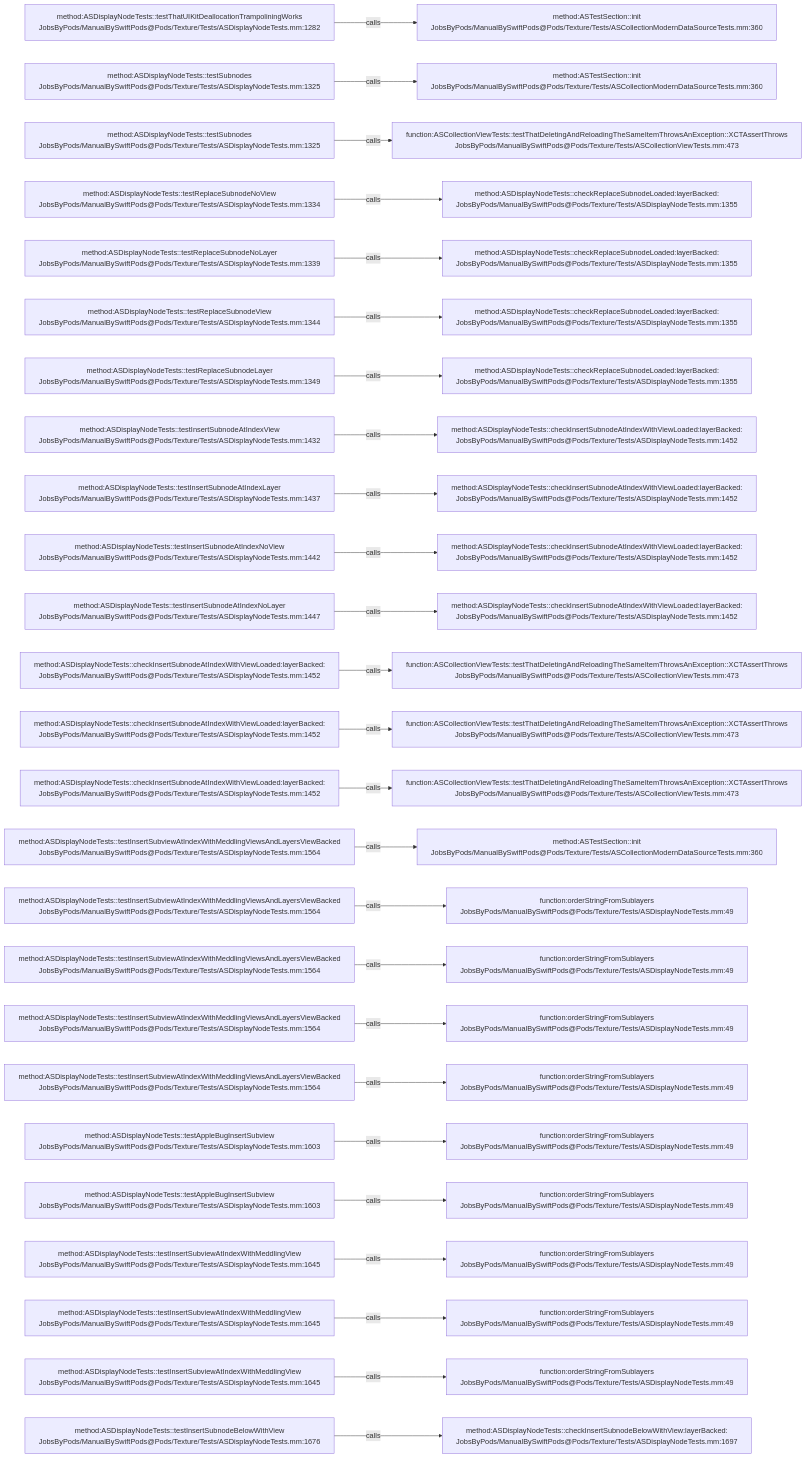
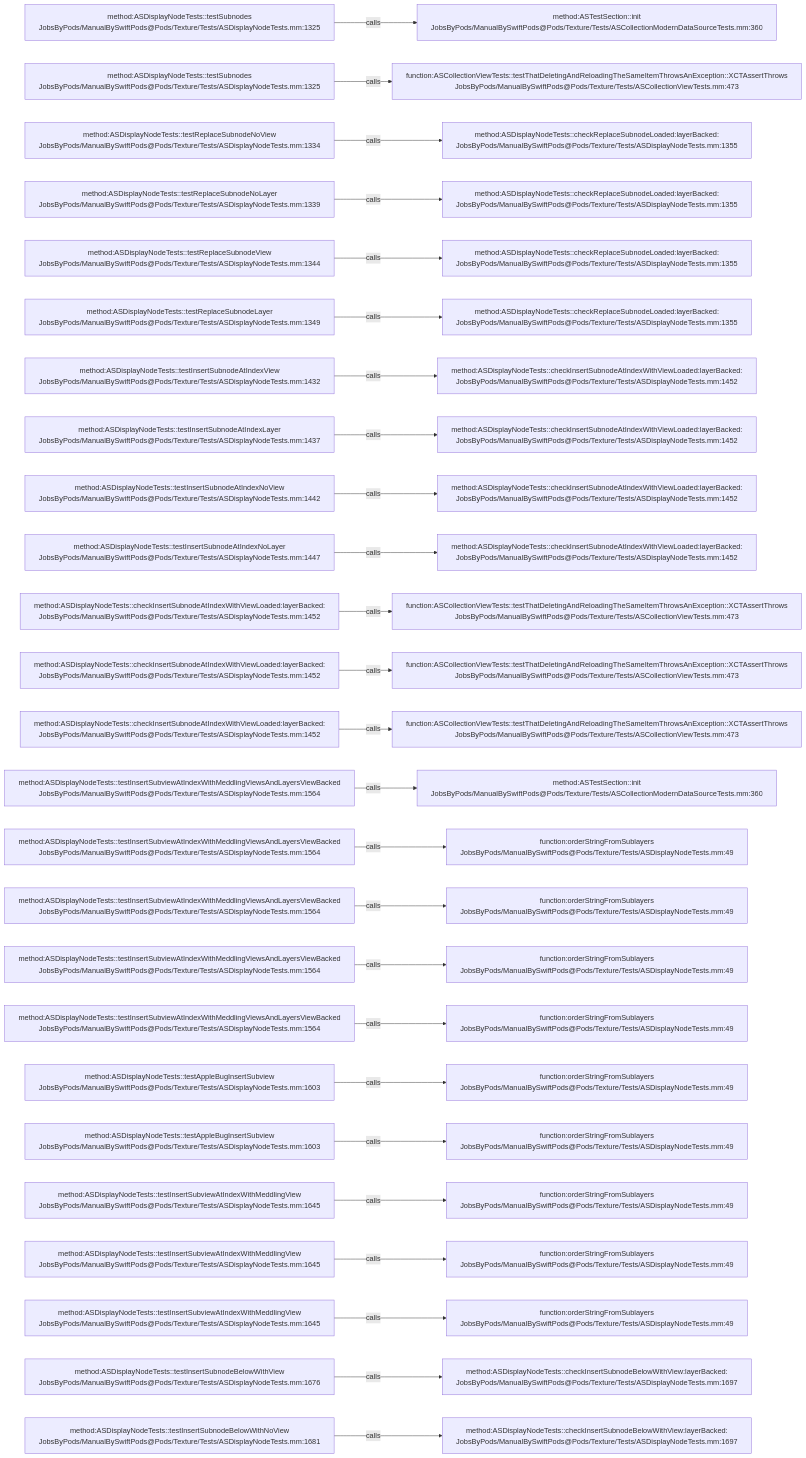
One commit to JobsKits/JobsSwiftBaseConfigDemo changed the diagram in .codegraph/codegraph.md/graphs/calls-192.md. Above: the diagram before and after it, drawn with Mermaid. The commit also changed 747 other files, not shown here.

````diff
--- a/.codegraph/codegraph.md/graphs/calls-192.md
+++ b/.codegraph/codegraph.md/graphs/calls-192.md
@@ -13,78 +13,78 @@
 ```mermaid
 flowchart LR
-  S1["method:ASDisplayNodeTests::testThatUIKitDeallocationTrampoliningWorks<br/>JobsByPods/ManualBySwiftPods@Pods/Texture/Tests/ASDisplayNodeTests.mm:1282"]
+  S1["method:ASDisplayNodeTests::testSubnodes<br/>JobsByPods/ManualBySwiftPods@Pods/Texture/Tests/ASDisplayNodeTests.mm:1325"]
   T1["method:ASTestSection::init<br/>JobsByPods/ManualBySwiftPods@Pods/Texture/Tests/ASCollectionModernDataSourceTests.mm:360"]
   S1 -->|calls| T1
   S2["method:ASDisplayNodeTests::testSubnodes<br/>JobsByPods/ManualBySwiftPods@Pods/Texture/Tests/ASDisplayNodeTests.mm:1325"]
-  T2["method:ASTestSection::init<br/>JobsByPods/ManualBySwiftPods@Pods/Texture/Tests/ASCollectionModernDataSourceTests.mm:360"]
+  T2["function:ASCollectionViewTests::testThatDeletingAndReloadingTheSameItemThrowsAnException::XCTAssertThrows<br/>JobsByPods/ManualBySwiftPods@Pods/Texture/Tests/ASCollectionViewTests.mm:473"]
   S2 -->|calls| T2
-  S3["method:ASDisplayNodeTests::testSubnodes<br/>JobsByPods/ManualBySwiftPods@Pods/Texture/Tests/ASDisplayNodeTests.mm:1325"]
-  T3["function:ASCollectionViewTests::testThatDeletingAndReloadingTheSameItemThrowsAnException::XCTAssertThrows<br/>JobsByPods/ManualBySwiftPods@Pods/Texture/Tests/ASCollectionViewTests.mm:473"]
+  S3["method:ASDisplayNodeTests::testReplaceSubnodeNoView<br/>JobsByPods/ManualBySwiftPods@Pods/Texture/Tests/ASDisplayNodeTests.mm:1334"]
+  T3["method:ASDisplayNodeTests::checkReplaceSubnodeLoaded:layerBacked:<br/>JobsByPods/ManualBySwiftPods@Pods/Texture/Tests/ASDisplayNodeTests.mm:1355"]
   S3 -->|calls| T3
-  S4["method:ASDisplayNodeTests::testReplaceSubnodeNoView<br/>JobsByPods/ManualBySwiftPods@Pods/Texture/Tests/ASDisplayNodeTests.mm:1334"]
+  S4["method:ASDisplayNodeTests::testReplaceSubnodeNoLayer<br/>JobsByPods/ManualBySwiftPods@Pods/Texture/Tests/ASDisplayNodeTests.mm:1339"]
   T4["method:ASDisplayNodeTests::checkReplaceSubnodeLoaded:layerBacked:<br/>JobsByPods/ManualBySwiftPods@Pods/Texture/Tests/ASDisplayNodeTests.mm:1355"]
   S4 -->|calls| T4
-  S5["method:ASDisplayNodeTests::testReplaceSubnodeNoLayer<br/>JobsByPods/ManualBySwiftPods@Pods/Texture/Tests/ASDisplayNodeTests.mm:1339"]
+  S5["method:ASDisplayNodeTests::testReplaceSubnodeView<br/>JobsByPods/ManualBySwiftPods@Pods/Texture/Tests/ASDisplayNodeTests.mm:1344"]
   T5["method:ASDisplayNodeTests::checkReplaceSubnodeLoaded:layerBacked:<br/>JobsByPods/ManualBySwiftPods@Pods/Texture/Tests/ASDisplayNodeTests.mm:1355"]
   S5 -->|calls| T5
-  S6["method:ASDisplayNodeTests::testReplaceSubnodeView<br/>JobsByPods/ManualBySwiftPods@Pods/Texture/Tests/ASDisplayNodeTests.mm:1344"]
+  S6["method:ASDisplayNodeTests::testReplaceSubnodeLayer<br/>JobsByPods/ManualBySwiftPods@Pods/Texture/Tests/ASDisplayNodeTests.mm:1349"]
   T6["method:ASDisplayNodeTests::checkReplaceSubnodeLoaded:layerBacked:<br/>JobsByPods/ManualBySwiftPods@Pods/Texture/Tests/ASDisplayNodeTests.mm:1355"]
   S6 -->|calls| T6
-  S7["method:ASDisplayNodeTests::testReplaceSubnodeLayer<br/>JobsByPods/ManualBySwiftPods@Pods/Texture/Tests/ASDisplayNodeTests.mm:1349"]
-  T7["method:ASDisplayNodeTests::checkReplaceSubnodeLoaded:layerBacked:<br/>JobsByPods/ManualBySwiftPods@Pods/Texture/Tests/ASDisplayNodeTests.mm:1355"]
+  S7["method:ASDisplayNodeTests::testInsertSubnodeAtIndexView<br/>JobsByPods/ManualBySwiftPods@Pods/Texture/Tests/ASDisplayNodeTests.mm:1432"]
+  T7["method:ASDisplayNodeTests::checkInsertSubnodeAtIndexWithViewLoaded:layerBacked:<br/>JobsByPods/ManualBySwiftPods@Pods/Texture/Tests/ASDisplayNodeTests.mm:1452"]
   S7 -->|calls| T7
-  S8["method:ASDisplayNodeTests::testInsertSubnodeAtIndexView<br/>JobsByPods/ManualBySwiftPods@Pods/Texture/Tests/ASDisplayNodeTests.mm:1432"]
+  S8["method:ASDisplayNodeTests::testInsertSubnodeAtIndexLayer<br/>JobsByPods/ManualBySwiftPods@Pods/Texture/Tests/ASDisplayNodeTests.mm:1437"]
   T8["method:ASDisplayNodeTests::checkInsertSubnodeAtIndexWithViewLoaded:layerBacked:<br/>JobsByPods/ManualBySwiftPods@Pods/Texture/Tests/ASDisplayNodeTests.mm:1452"]
   S8 -->|calls| T8
-  S9["method:ASDisplayNodeTests::testInsertSubnodeAtIndexLayer<br/>JobsByPods/ManualBySwiftPods@Pods/Texture/Tests/ASDisplayNodeTests.mm:1437"]
+  S9["method:ASDisplayNodeTests::testInsertSubnodeAtIndexNoView<br/>JobsByPods/ManualBySwiftPods@Pods/Texture/Tests/ASDisplayNodeTests.mm:1442"]
   T9["method:ASDisplayNodeTests::checkInsertSubnodeAtIndexWithViewLoaded:layerBacked:<br/>JobsByPods/ManualBySwiftPods@Pods/Texture/Tests/ASDisplayNodeTests.mm:1452"]
   S9 -->|calls| T9
-  S10["method:ASDisplayNodeTests::testInsertSubnodeAtIndexNoView<br/>JobsByPods/ManualBySwiftPods@Pods/Texture/Tests/ASDisplayNodeTests.mm:1442"]
+  S10["method:ASDisplayNodeTests::testInsertSubnodeAtIndexNoLayer<br/>JobsByPods/ManualBySwiftPods@Pods/Texture/Tests/ASDisplayNodeTests.mm:1447"]
   T10["method:ASDisplayNodeTests::checkInsertSubnodeAtIndexWithViewLoaded:layerBacked:<br/>JobsByPods/ManualBySwiftPods@Pods/Texture/Tests/ASDisplayNodeTests.mm:1452"]
   S10 -->|calls| T10
-  S11["method:ASDisplayNodeTests::testInsertSubnodeAtIndexNoLayer<br/>JobsByPods/ManualBySwiftPods@Pods/Texture/Tests/ASDisplayNodeTests.mm:1447"]
-  T11["method:ASDisplayNodeTests::checkInsertSubnodeAtIndexWithViewLoaded:layerBacked:<br/>JobsByPods/ManualBySwiftPods@Pods/Texture/Tests/ASDisplayNodeTests.mm:1452"]
+  S11["method:ASDisplayNodeTests::checkInsertSubnodeAtIndexWithViewLoaded:layerBacked:<br/>JobsByPods/ManualBySwiftPods@Pods/Texture/Tests/ASDisplayNodeTests.mm:1452"]
+  T11["function:ASCollectionViewTests::testThatDeletingAndReloadingTheSameItemThrowsAnException::XCTAssertThrows<br/>JobsByPods/ManualBySwiftPods@Pods/Texture/Tests/ASCollectionViewTests.mm:473"]
   S11 -->|calls| T11
   S12["method:ASDisplayNodeTests::checkInsertSubnodeAtIndexWithViewLoaded:layerBacked:<br/>JobsByPods/ManualBySwiftPods@Pods/Texture/Tests/ASDisplayNodeTests.mm:1452"]
   T12["function:ASCollectionViewTests::testThatDeletingAndReloadingTheSameItemThrowsAnException::XCTAssertThrows<br/>JobsByPods/ManualBySwiftPods@Pods/Texture/Tests/ASCollectionViewTests.mm:473"]
   S12 -->|calls| T12
   S13["method:ASDisplayNodeTests::checkInsertSubnodeAtIndexWithViewLoaded:layerBacked:<br/>JobsByPods/ManualBySwiftPods@Pods/Texture/Tests/ASDisplayNodeTests.mm:1452"]
   T13["function:ASCollectionViewTests::testThatDeletingAndReloadingTheSameItemThrowsAnException::XCTAssertThrows<br/>JobsByPods/ManualBySwiftPods@Pods/Texture/Tests/ASCollectionViewTests.mm:473"]
   S13 -->|calls| T13
-  S14["method:ASDisplayNodeTests::checkInsertSubnodeAtIndexWithViewLoaded:layerBacked:<br/>JobsByPods/ManualBySwiftPods@Pods/Texture/Tests/ASDisplayNodeTests.mm:1452"]
-  T14["function:ASCollectionViewTests::testThatDeletingAndReloadingTheSameItemThrowsAnException::XCTAssertThrows<br/>JobsByPods/ManualBySwiftPods@Pods/Texture/Tests/ASCollectionViewTests.mm:473"]
+  S14["method:ASDisplayNodeTests::testInsertSubviewAtIndexWithMeddlingViewsAndLayersViewBacked<br/>JobsByPods/ManualBySwiftPods@Pods/Texture/Tests/ASDisplayNodeTests.mm:1564"]
+  T14["method:ASTestSection::init<br/>JobsByPods/ManualBySwiftPods@Pods/Texture/Tests/ASCollectionModernDataSourceTests.mm:360"]
   S14 -->|calls| T14
   S15["method:ASDisplayNodeTests::testInsertSubviewAtIndexWithMeddlingViewsAndLayersViewBacked<br/>JobsByPods/ManualBySwiftPods@Pods/Texture/Tests/ASDisplayNodeTests.mm:1564"]
-  T15["method:ASTestSection::init<br/>JobsByPods/ManualBySwiftPods@Pods/Texture/Tests/ASCollectionModernDataSourceTests.mm:360"]
+  T15["function:orderStringFromSublayers<br/>JobsByPods/ManualBySwiftPods@Pods/Texture/Tests/ASDisplayNodeTests.mm:49"]
   S15 -->|calls| T15
   S16["method:ASDisplayNodeTests::testInsertSubviewAtIndexWithMeddlingViewsAndLayersViewBacked<br/>JobsByPods/ManualBySwiftPods@Pods/Texture/Tests/ASDisplayNodeTests.mm:1564"]
   T16["function:orderStringFromSublayers<br/>JobsByPods/ManualBySwiftPods@Pods/Texture/Tests/ASDisplayNodeTests.mm:49"]
   S16 -->|calls| T16
   S17["method:ASDisplayNodeTests::testInsertSubviewAtIndexWithMeddlingViewsAndLayersViewBacked<br/>JobsByPods/ManualBySwiftPods@Pods/Texture/Tests/ASDisplayNodeTests.mm:1564"]
   T17["function:orderStringFromSublayers<br/>JobsByPods/ManualBySwiftPods@Pods/Texture/Tests/ASDisplayNodeTests.mm:49"]
   S17 -->|calls| T17
   S18["method:ASDisplayNodeTests::testInsertSubviewAtIndexWithMeddlingViewsAndLayersViewBacked<br/>JobsByPods/ManualBySwiftPods@Pods/Texture/Tests/ASDisplayNodeTests.mm:1564"]
   T18["function:orderStringFromSublayers<br/>JobsByPods/ManualBySwiftPods@Pods/Texture/Tests/ASDisplayNodeTests.mm:49"]
   S18 -->|calls| T18
-  S19["method:ASDisplayNodeTests::testInsertSubviewAtIndexWithMeddlingViewsAndLayersViewBacked<br/>JobsByPods/ManualBySwiftPods@Pods/Texture/Tests/ASDisplayNodeTests.mm:1564"]
+  S19["method:ASDisplayNodeTests::testAppleBugInsertSubview<br/>JobsByPods/ManualBySwiftPods@Pods/Texture/Tests/ASDisplayNodeTests.mm:1603"]
   T19["function:orderStringFromSublayers<br/>JobsByPods/ManualBySwiftPods@Pods/Texture/Tests/ASDisplayNodeTests.mm:49"]
   S19 -->|calls| T19
   S20["method:ASDisplayNodeTests::testAppleBugInsertSubview<br/>JobsByPods/ManualBySwiftPods@Pods/Texture/Tests/ASDisplayNodeTests.mm:1603"]
   T20["function:orderStringFromSublayers<br/>JobsByPods/ManualBySwiftPods@Pods/Texture/Tests/ASDisplayNodeTests.mm:49"]
   S20 -->|calls| T20
-  S21["method:ASDisplayNodeTests::testAppleBugInsertSubview<br/>JobsByPods/ManualBySwiftPods@Pods/Texture/Tests/ASDisplayNodeTests.mm:1603"]
+  S21["method:ASDisplayNodeTests::testInsertSubviewAtIndexWithMeddlingView<br/>JobsByPods/ManualBySwiftPods@Pods/Texture/Tests/ASDisplayNodeTests.mm:1645"]
   T21["function:orderStringFromSublayers<br/>JobsByPods/ManualBySwiftPods@Pods/Texture/Tests/ASDisplayNodeTests.mm:49"]
   S21 -->|calls| T21
   S22["method:ASDisplayNodeTests::testInsertSubviewAtIndexWithMeddlingView<br/>JobsByPods/ManualBySwiftPods@Pods/Texture/Tests/ASDisplayNodeTests.mm:1645"]
   T22["function:orderStringFromSublayers<br/>JobsByPods/ManualBySwiftPods@Pods/Texture/Tests/ASDisplayNodeTests.mm:49"]
   S22 -->|calls| T22
   S23["method:ASDisplayNodeTests::testInsertSubviewAtIndexWithMeddlingView<br/>JobsByPods/ManualBySwiftPods@Pods/Texture/Tests/ASDisplayNodeTests.mm:1645"]
   T23["function:orderStringFromSublayers<br/>JobsByPods/ManualBySwiftPods@Pods/Texture/Tests/ASDisplayNodeTests.mm:49"]
   S23 -->|calls| T23
-  S24["method:ASDisplayNodeTests::testInsertSubviewAtIndexWithMeddlingView<br/>JobsByPods/ManualBySwiftPods@Pods/Texture/Tests/ASDisplayNodeTests.mm:1645"]
-  T24["function:orderStringFromSublayers<br/>JobsByPods/ManualBySwiftPods@Pods/Texture/Tests/ASDisplayNodeTests.mm:49"]
+  S24["method:ASDisplayNodeTests::testInsertSubnodeBelowWithView<br/>JobsByPods/ManualBySwiftPods@Pods/Texture/Tests/ASDisplayNodeTests.mm:1676"]
+  T24["method:ASDisplayNodeTests::checkInsertSubnodeBelowWithView:layerBacked:<br/>JobsByPods/ManualBySwiftPods@Pods/Texture/Tests/ASDisplayNodeTests.mm:1697"]
   S24 -->|calls| T24
-  S25["method:ASDisplayNodeTests::testInsertSubnodeBelowWithView<br/>JobsByPods/ManualBySwiftPods@Pods/Texture/Tests/ASDisplayNodeTests.mm:1676"]
+  S25["method:ASDisplayNodeTests::testInsertSubnodeBelowWithNoView<br/>JobsByPods/ManualBySwiftPods@Pods/Texture/Tests/ASDisplayNodeTests.mm:1681"]
   T25["method:ASDisplayNodeTests::checkInsertSubnodeBelowWithView:layerBacked:<br/>JobsByPods/ManualBySwiftPods@Pods/Texture/Tests/ASDisplayNodeTests.mm:1697"]
   S25 -->|calls| T25
 ```
````
